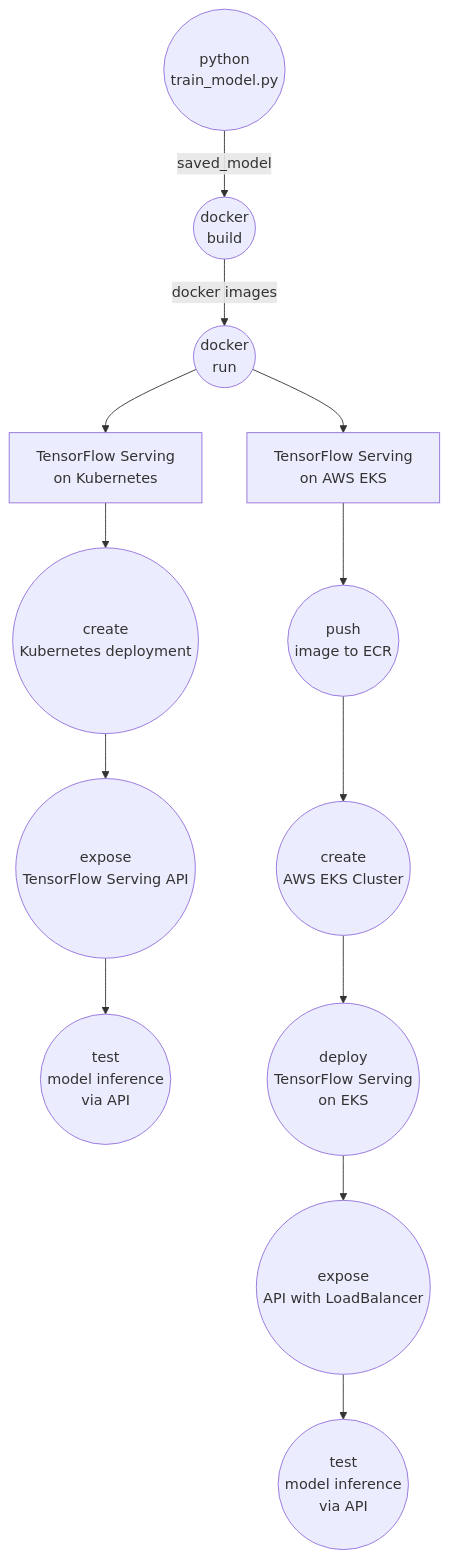
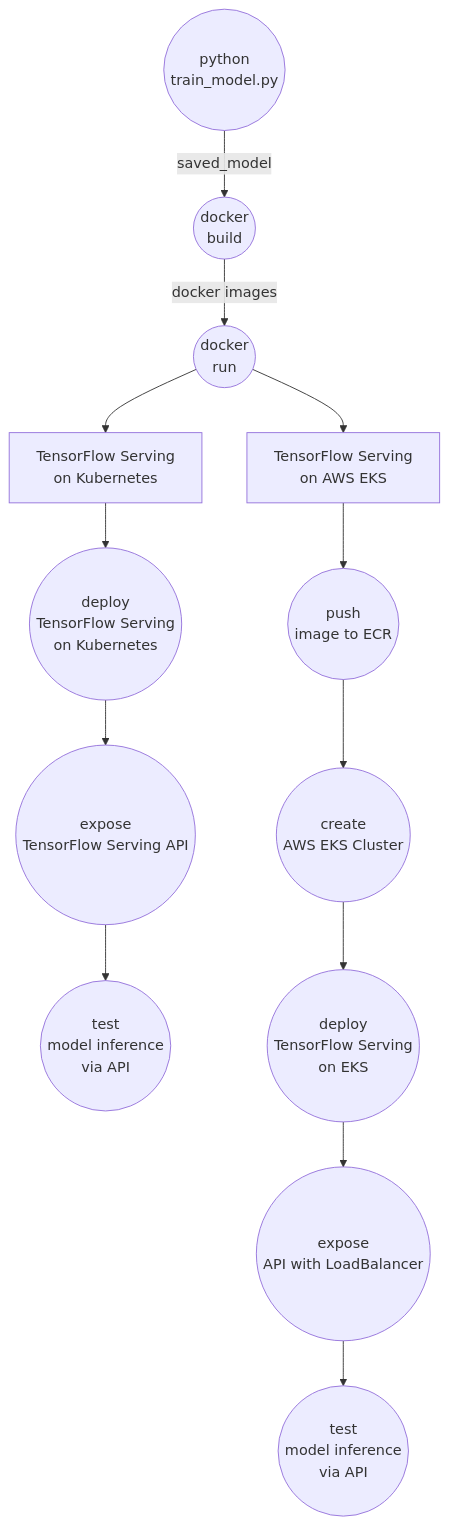
One commit to ketut-garjita/E-Commerce-Engagement-ML changed the first of 3 diagrams in README.md. Above: the diagram before and after it, drawn with Mermaid.

````diff
--- a/README.md
+++ b/README.md
@@ -113,33 +113,34 @@
 ```mermaid
 graph TD
     A((python
 train_model.py)) --> | saved_model | B((docker
 build))
     B --> | docker images | C((docker
 run))
     C --> D1[TensorFlow Serving 
 on Kubernetes]
     C --> D2[TensorFlow Serving 
 on AWS EKS]
     
-    D1 --> E1((create
-Kubernetes deployment))
+    D1 --> E1((deploy
+TensorFlow Serving
+on Kubernetes))
     E1 --> F1((expose
 TensorFlow Serving API))
     F1 --> G1((test 
 model inference
 via API))
 
     D2 --> E2((push
 image to ECR))
     E2 --> F2((create
 AWS EKS Cluster))
     F2 --> G2((deploy 
 TensorFlow Serving
 on EKS))
     G2 --> H2((expose
 API with LoadBalancer))
     H2 --> I2((test 
 model inference
 via API))
 ```
````
